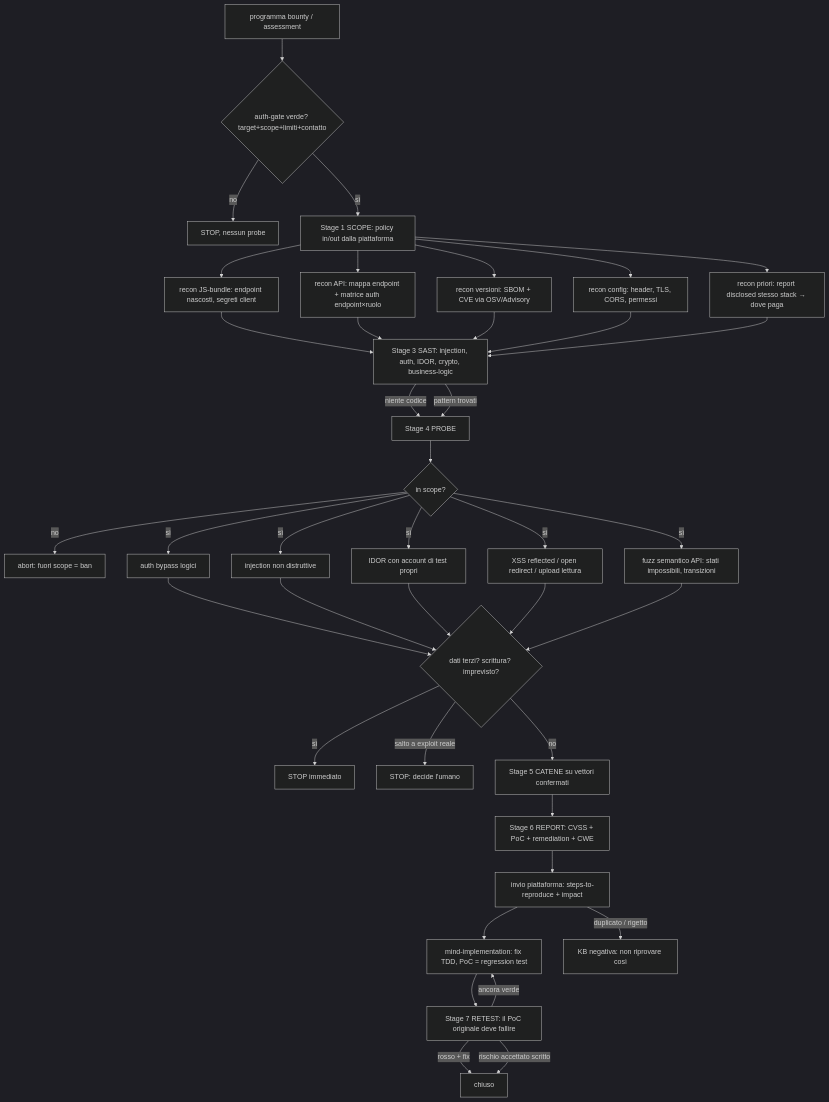
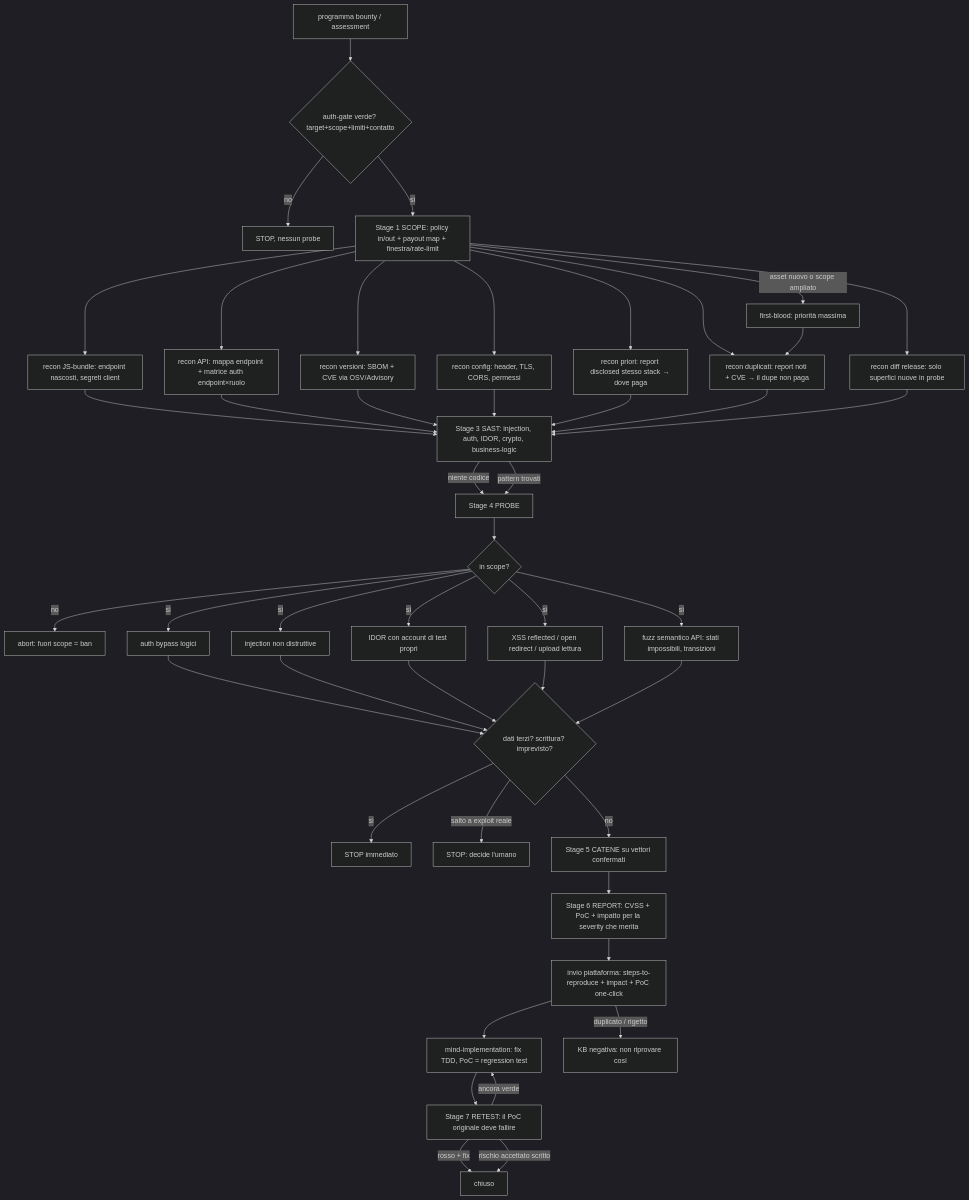
The fourth of 6 diagrams in README.md (Kyriga-CGX/mind-system), drawn with Mermaid (dark theme) before and after one commit. The commit also changed 1 other file, not shown here.

Commit message:
feat: breach-pipeline money-mode (payout map, first-blood, dupes, diff release, log evidenze)

````diff
--- a/README.md
+++ b/README.md
@@ -188,38 +188,41 @@
 ```mermaid
 flowchart TD
     REQ[programma bounty / assessment] --> AUTH{auth-gate verde? target+scope+limiti+contatto}
     AUTH -->|no| STOP[STOP, nessun probe]
-    AUTH -->|sì| SC[Stage 1 SCOPE: policy in/out dalla piattaforma]
+    AUTH -->|sì| SC[Stage 1 SCOPE: policy in/out + payout map + finestra/rate-limit]
+    SC -->|asset nuovo o scope ampliato| FB[first-blood: priorità massima]
 
     SC --> RJS[recon JS-bundle: endpoint nascosti, segreti client]
     SC --> RAPI[recon API: mappa endpoint + matrice auth endpoint×ruolo]
     SC --> RCVE[recon versioni: SBOM + CVE via OSV/Advisory]
     SC --> RCFG[recon config: header, TLS, CORS, permessi]
     SC --> RPR[recon priori: report disclosed stesso stack → dove paga]
+    SC & FB --> RDU[recon duplicati: report noti + CVE → il dupe non paga]
+    SC --> RDI[recon diff release: solo superfici nuove in probe]
 
-    RJS & RAPI & RCVE & RCFG & RPR --> SA[Stage 3 SAST: injection, auth, IDOR, crypto, business-logic]
+    RJS & RAPI & RCVE & RCFG & RPR & RDU & RDI --> SA[Stage 3 SAST: injection, auth, IDOR, crypto, business-logic]
     SA -->|niente codice| PR
     SA -->|pattern trovati| PR[Stage 4 PROBE]
 
     PR --> CHK{in scope?}
     CHK -->|no| ABORT[abort: fuori scope = ban]
     CHK -->|sì| VA[auth bypass logici]
     CHK -->|sì| VI[injection non distruttive]
     CHK -->|sì| VD[IDOR con account di test propri]
     CHK -->|sì| VX[XSS reflected / open redirect / upload lettura]
     CHK -->|sì| VF[fuzz semantico API: stati impossibili, transizioni]
 
     VA & VI & VD & VX & VF --> SAFE{dati terzi? scrittura? imprevisto?}
     SAFE -->|sì| HALT[STOP immediato]
     SAFE -->|salto a exploit reale| ESC[STOP: decide l'umano]
     SAFE -->|no| CA[Stage 5 CATENE su vettori confermati]
 
-    CA --> RC[Stage 6 REPORT: CVSS + PoC + remediation + CWE]
-    RC --> INV[invio piattaforma: steps-to-reproduce + impact]
+    CA --> RC[Stage 6 REPORT: CVSS + PoC + impatto per la severity che merita]
+    RC --> INV[invio piattaforma: steps-to-reproduce + impact + PoC one-click]
     INV --> FX[mind-implementation: fix TDD, PoC = regression test]
     FX --> RT[Stage 7 RETEST: il PoC originale deve fallire]
     RT -->|ancora verde| FX
     RT -->|rosso + fix| DONE[chiuso]
     RT -->|rischio accettato scritto| DONE
     INV -->|duplicato / rigetto| NEG[KB negativa: non riprovare così]
 ```
````
